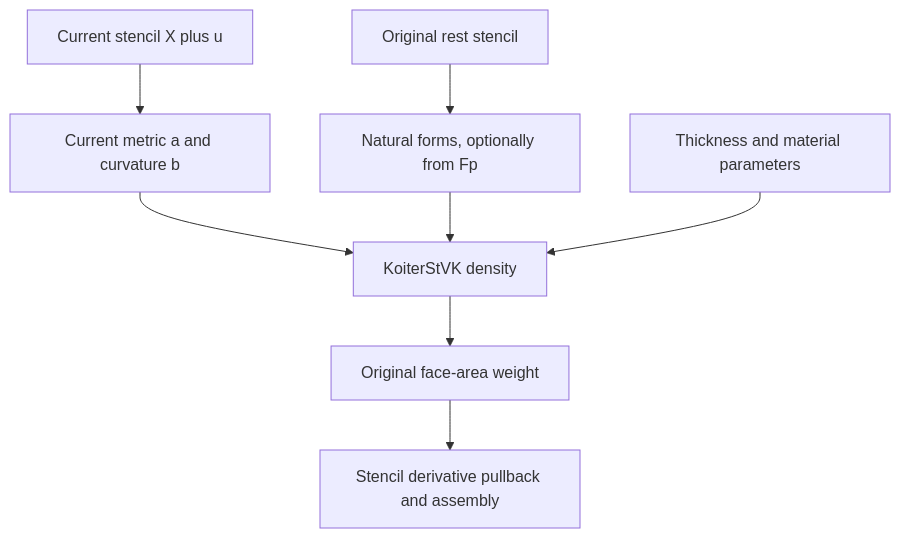
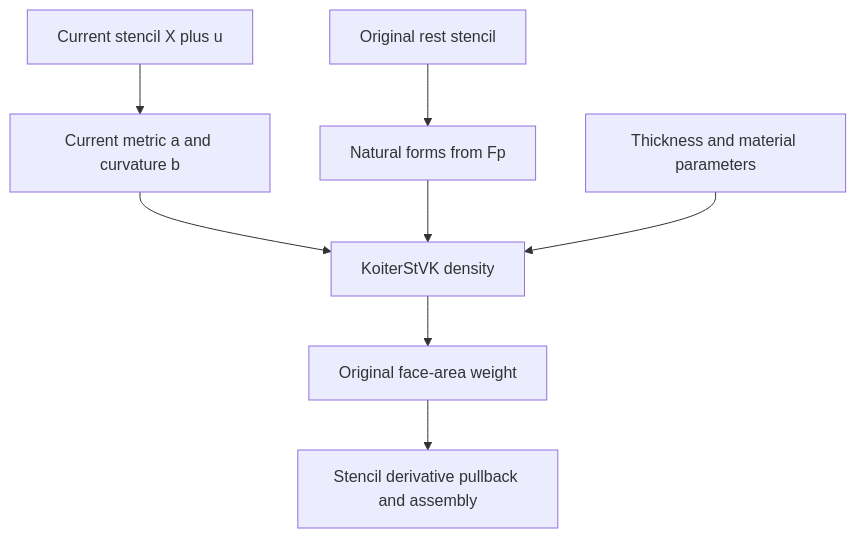
The diagram in docs/guide/fem/shell.md (annajcy/litepgo), drawn with Mermaid before and after one commit. The commit also changed other lines of this file and 19 other files, not shown here.

````diff
--- a/docs/guide/fem/shell.md
+++ b/docs/guide/fem/shell.md
@@ -13,12 +13,12 @@
 ```mermaid
 flowchart TB
   accTitle: Shell current and natural geometry paths
-  accDescr: Current stencil positions produce metric and curvature. Rest stencils, optionally transformed by prescribed Fp, produce natural forms. Koiter density compares the two using thickness and material parameters, then original area and assembly produce the global energy.
+  accDescr: Current stencil positions produce metric and curvature. Rest stencils, transformed by explicitly prescribed Fp, produce natural forms. Koiter density compares the two using thickness and material parameters, then original area and assembly produce the global energy.
   current["Current stencil X plus u"] --> forms["Current metric a and curvature b"]
-  rest["Original rest stencil"] --> natural["Natural forms, optionally from Fp"]
+  rest["Original rest stencil"] --> natural["Natural forms from Fp"]
   forms --> material["KoiterStVK density"]
   natural --> material
   parameters["Thickness and material parameters"] --> material
   material --> integrate["Original face-area weight"]
   integrate --> assembly["Stencil derivative pullback and assembly"]
 ```
````
